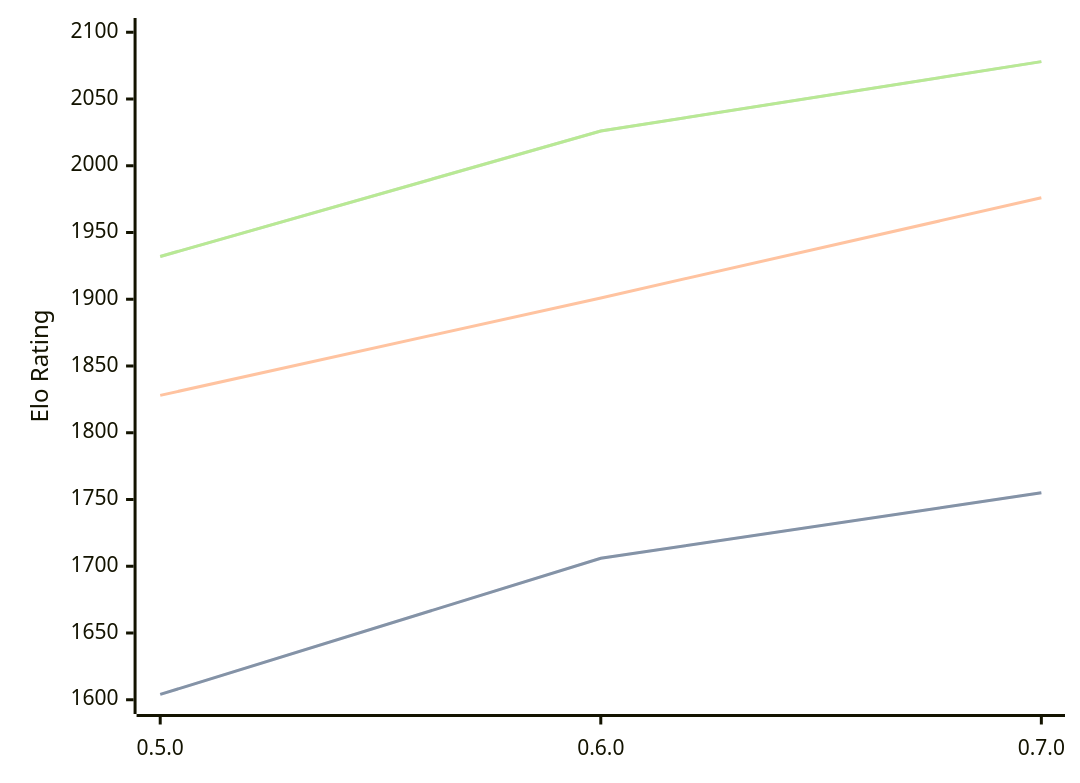
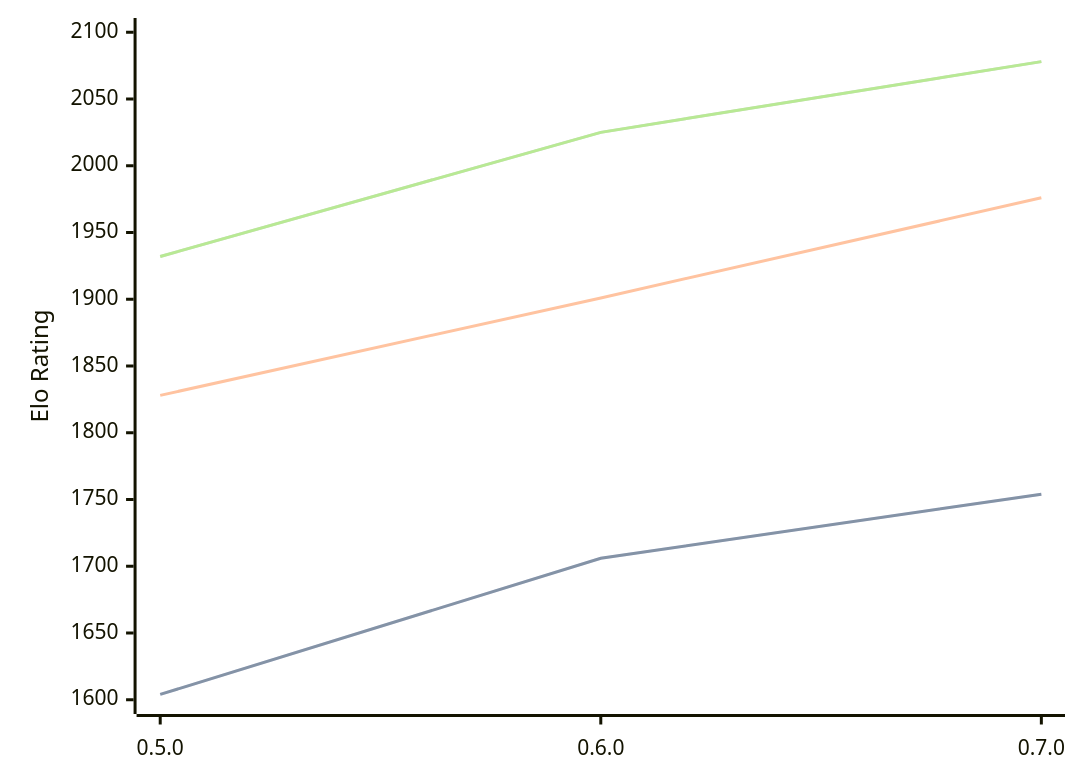
The diagram in engines/Chess-rs.md (computer-chess-index/cci), drawn with Mermaid before and after one commit. The commit also changed other lines of this file, not shown here.

Commit message:
Update CCI Ratings (ELO VLTC) - 2026-03-01

````diff
--- a/engines/Chess-rs.md
+++ b/engines/Chess-rs.md
@@ -39,11 +39,11 @@
 ```mermaid
 %%{init: {"theme":"base","themeVariables":{"seriesColors:['#a3a3a3','#222221','#faa371']}}}%%
 xychart-beta
   x-axis ["0.5.0", "0.6.0", "0.7.0"]
   y-axis "Elo Rating" 1600 --> 2100
-  line "STC (8.0+0.08s)" [1604, 1706, 1755]
-  line "STC (8.0+0.08s)" [1604, 1706, 1755]
+  line "STC (8.0+0.08s)" [1604, 1706, 1754]
+  line "STC (8.0+0.08s)" [1604, 1706, 1754]
   line "LTC (60.0+0.60s)" [1828, 1901, 1976]
-  line "VLTC (2m24s+1.12s)" [1932, 2026, 2078]
-  line "VLTC (2m24s+1.12s)" [1932, 2026, 2078]
+  line "VLTC (2m24s+1.12s)" [1932, 2025, 2078]
+  line "VLTC (2m24s+1.12s)" [1932, 2025, 2078]
 ```
````
